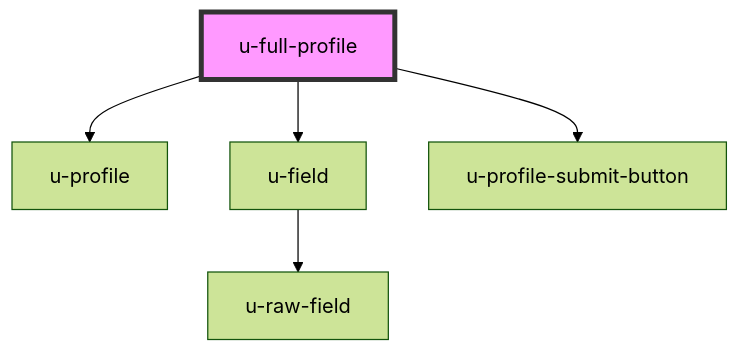
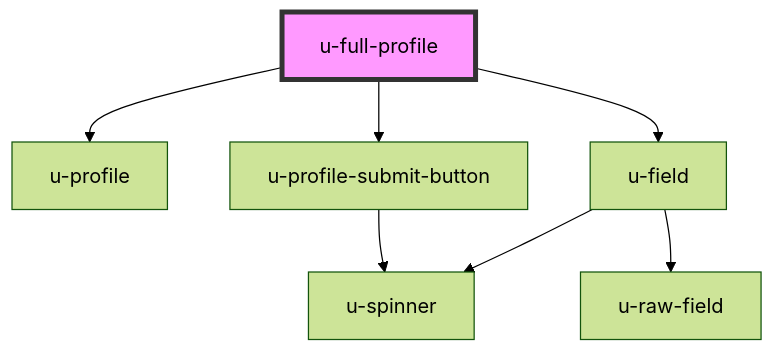
The diagram in packages/sdk/src/profile/components/full-profile/readme.md (UnidyID/unidy-sdk), drawn with Mermaid (forest theme) before and after one commit. The commit also changed 2 other files, not shown here.

Commit message:
Updated files after build, new release

````diff
--- a/packages/sdk/src/profile/components/full-profile/readme.md
+++ b/packages/sdk/src/profile/components/full-profile/readme.md
@@ -27,8 +27,10 @@
 ```mermaid
 graph TD;
   u-full-profile --> u-profile
   u-full-profile --> u-field
   u-full-profile --> u-profile-submit-button
+  u-field --> u-spinner
   u-field --> u-raw-field
+  u-profile-submit-button --> u-spinner
   style u-full-profile fill:#f9f,stroke:#333,stroke-width:4px
 ```
````
